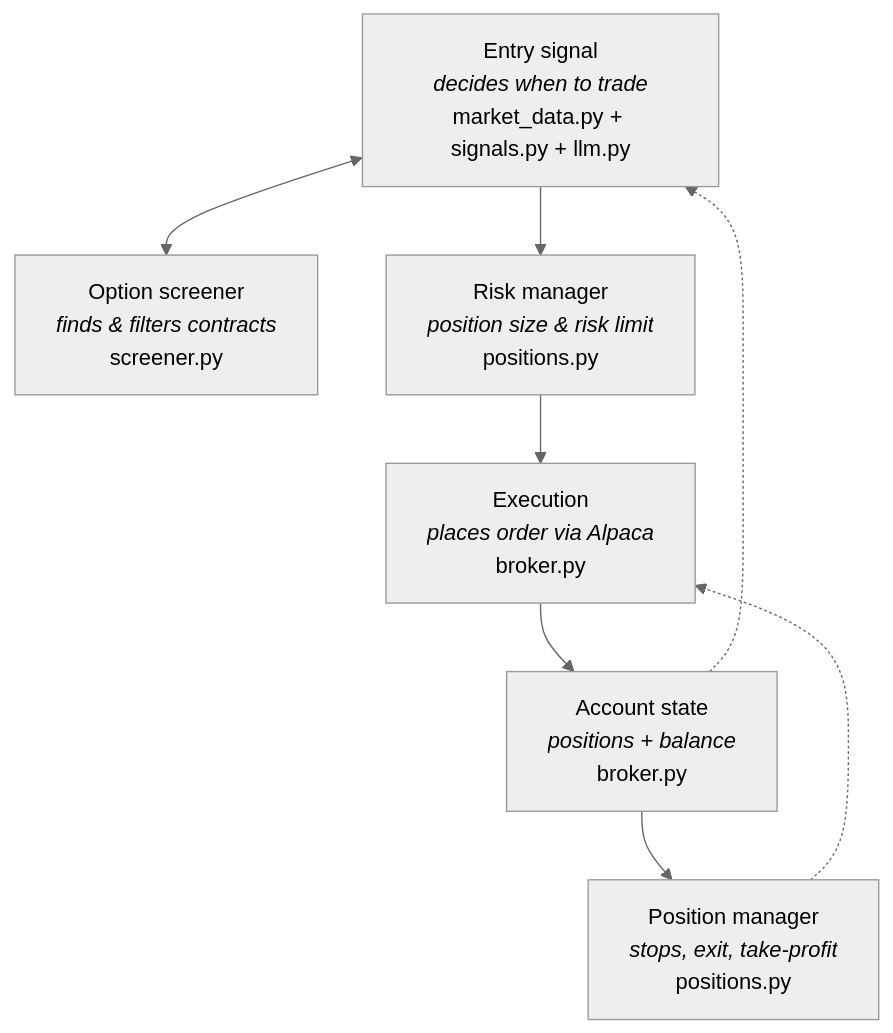
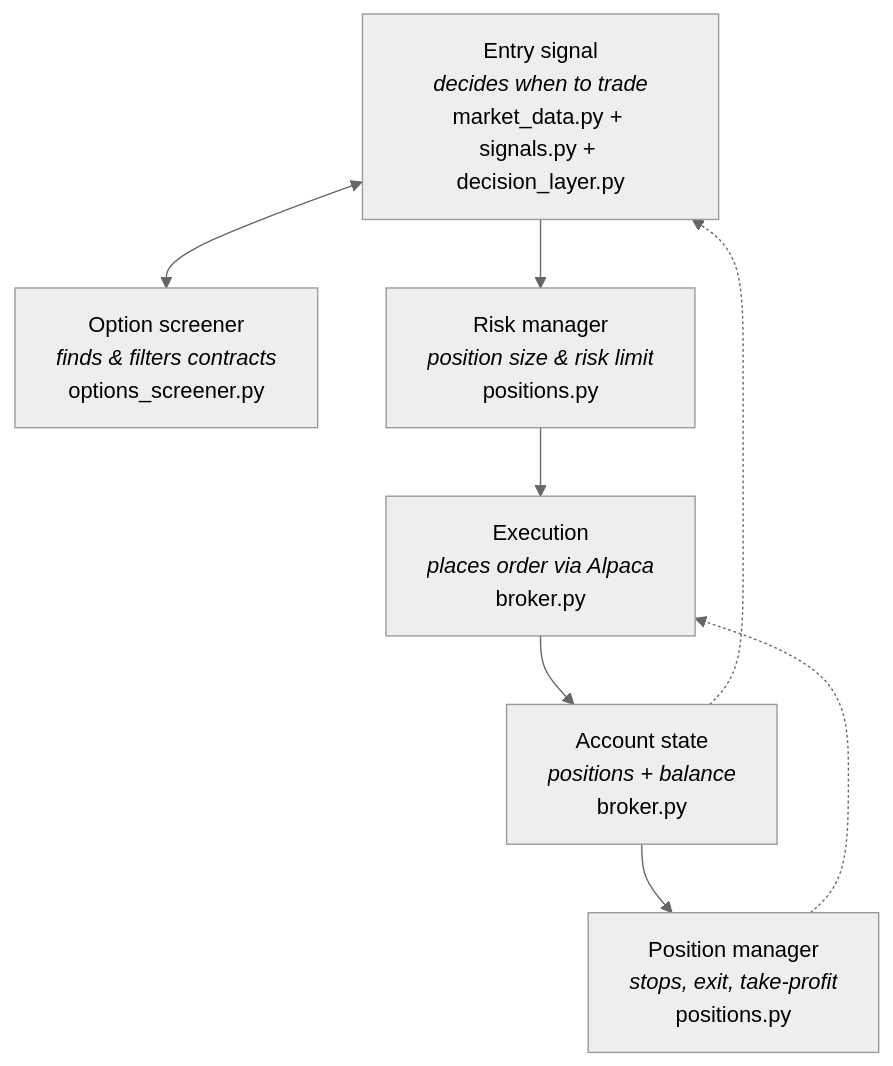
The diagram in README.md (VincentTLe/regimepilot-practice), drawn with Mermaid (neutral theme) before and after one commit. The commit also changed other lines of this file and 9 other files, not shown here.

````diff
--- a/README.md
+++ b/README.md
@@ -14,17 +14,17 @@
 ```mermaid
 flowchart TB
-    ES["Entry signal<br/><i>decides when to trade</i><br/>market_data.py + signals.py + llm.py"]
-    OS["Option screener<br/><i>finds & filters contracts</i><br/>screener.py"]
+    ES["Entry signal<br/><i>decides when to trade</i><br/>market_data.py + signals.py + decision_layer.py"]
+    OS["Option screener<br/><i>finds & filters contracts</i><br/>options_screener.py"]
     RM["Risk manager<br/><i>position size & risk limit</i><br/>positions.py"]
     EX["Execution<br/><i>places order via Alpaca</i><br/>broker.py"]
     AS["Account state<br/><i>positions + balance</i><br/>broker.py"]
     PM["Position manager<br/><i>stops, exit, take-profit</i><br/>positions.py"]
 
     ES <--> OS
     ES --> RM
     RM --> EX
     EX --> AS
     AS --> PM
     AS -.-> ES
     PM -.-> EX
 ```
````
